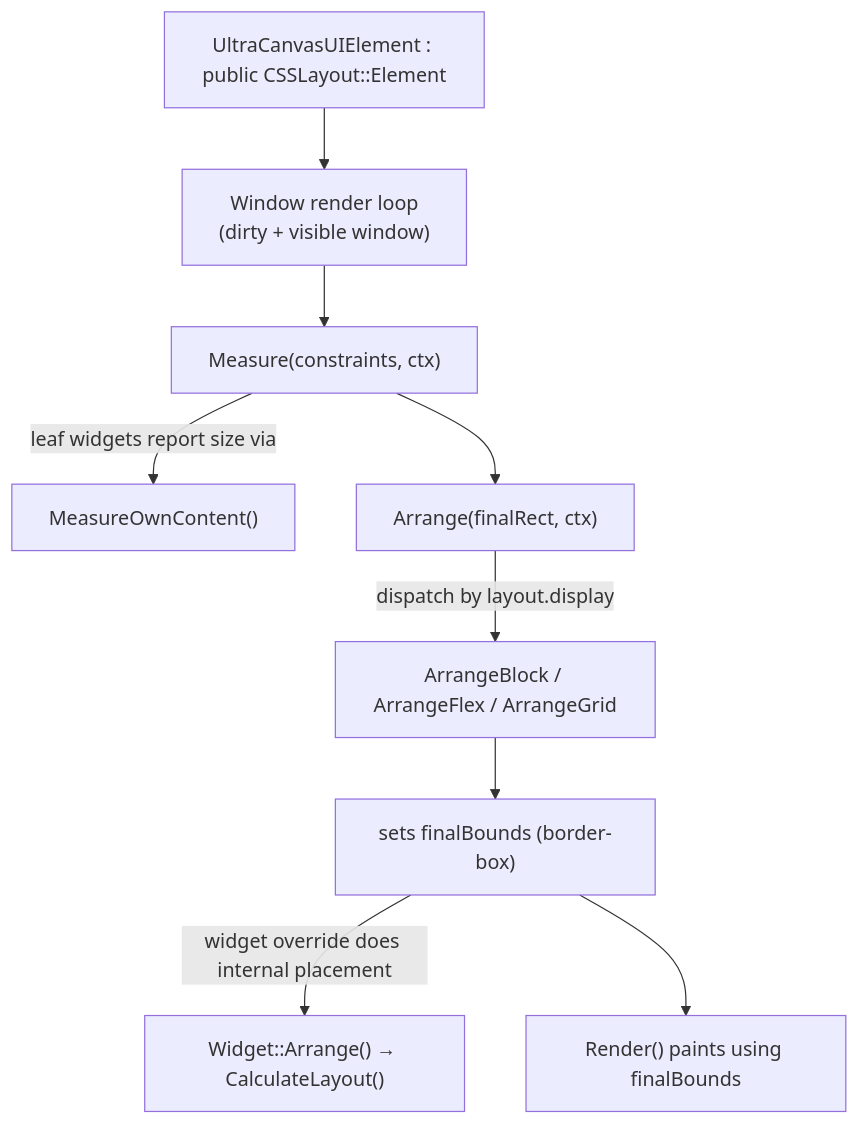
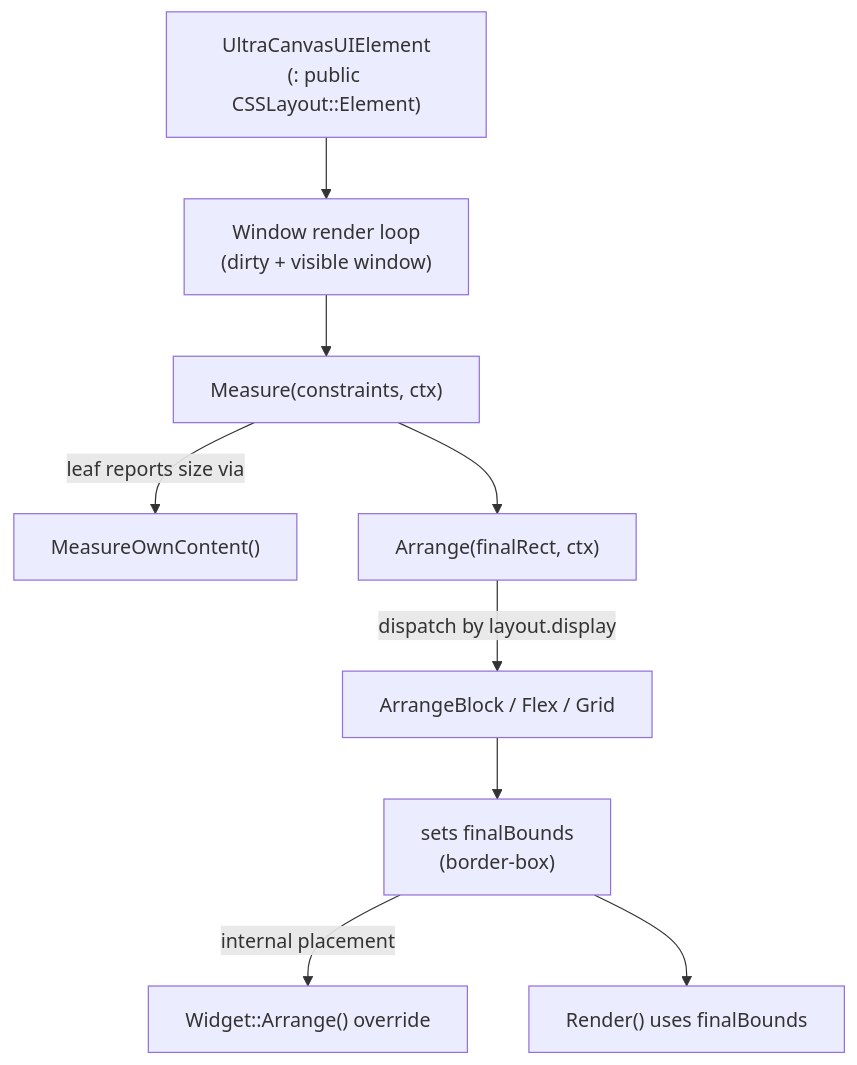
Before and after one commit to ULTRA-OS-Project/UltraCanvas: the first of 2 diagrams in Docs/CSSLayout.md, drawn with Mermaid. The commit also changed other lines of this file, not shown here.

Commit message:
Update diagrams in CSS layout docs

````diff
--- a/Docs/CSSLayout.md
+++ b/Docs/CSSLayout.md
@@ -42,11 +42,11 @@
 ```mermaid
 flowchart TD
-    A["UltraCanvasUIElement : public CSSLayout::Element"] --> B["Window render loop<br/>(dirty + visible window)"]
+    A["UltraCanvasUIElement<br/>(: public CSSLayout::Element)"] --> B["Window render loop<br/>(dirty + visible window)"]
     B --> C["Measure(constraints, ctx)"]
-    C -->|"leaf widgets report size via"| D["MeasureOwnContent()"]
+    C -->|"leaf reports size via"| D["MeasureOwnContent()"]
     C --> E["Arrange(finalRect, ctx)"]
-    E -->|"dispatch by layout.display"| F["ArrangeBlock / ArrangeFlex / ArrangeGrid"]
-    F --> G["sets finalBounds (border-box)"]
-    G -->|"widget override does internal placement"| H["Widget::Arrange() → CalculateLayout()"]
-    G --> I["Render() paints using finalBounds"]
+    E -->|"dispatch by layout.display"| F["ArrangeBlock / Flex / Grid"]
+    F --> G["sets finalBounds<br/>(border-box)"]
+    G -->|"internal placement"| H["Widget::Arrange() override"]
+    G --> I["Render() uses finalBounds"]
 ```
````
